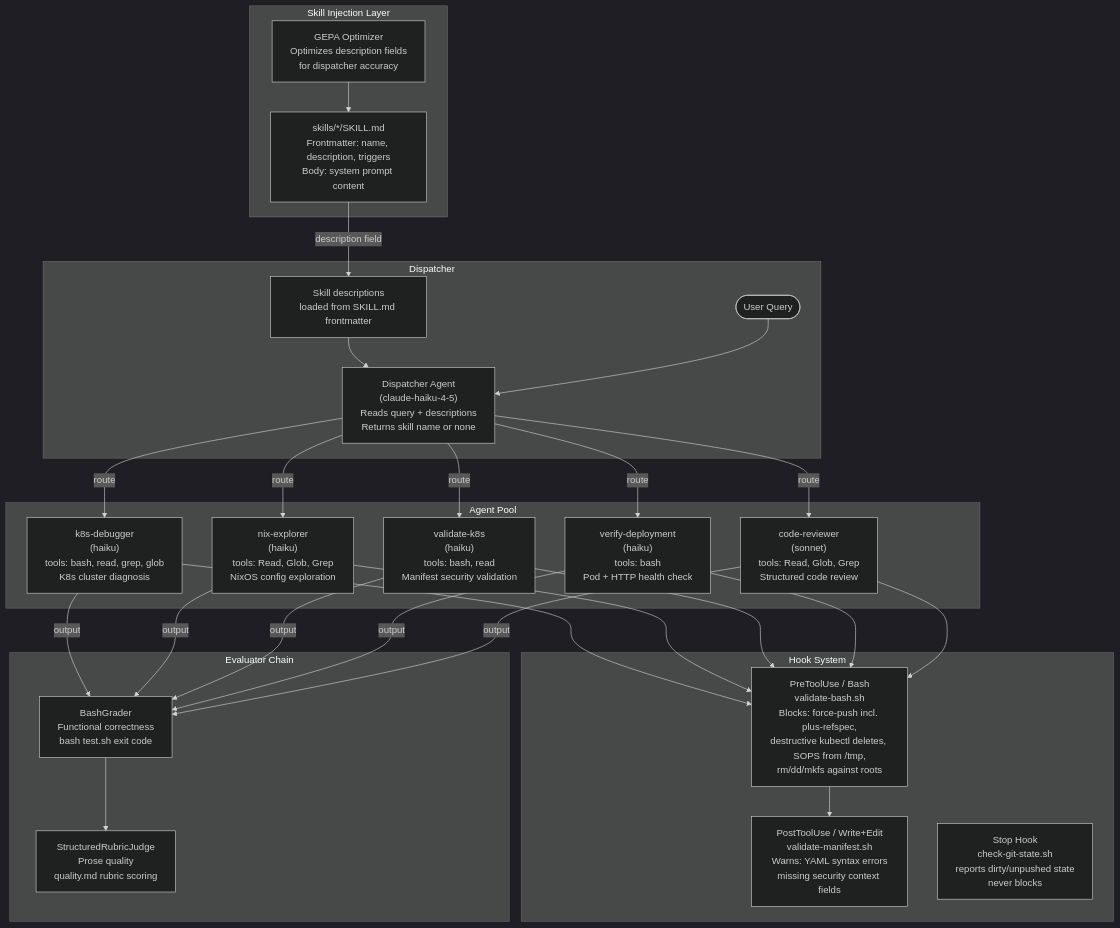
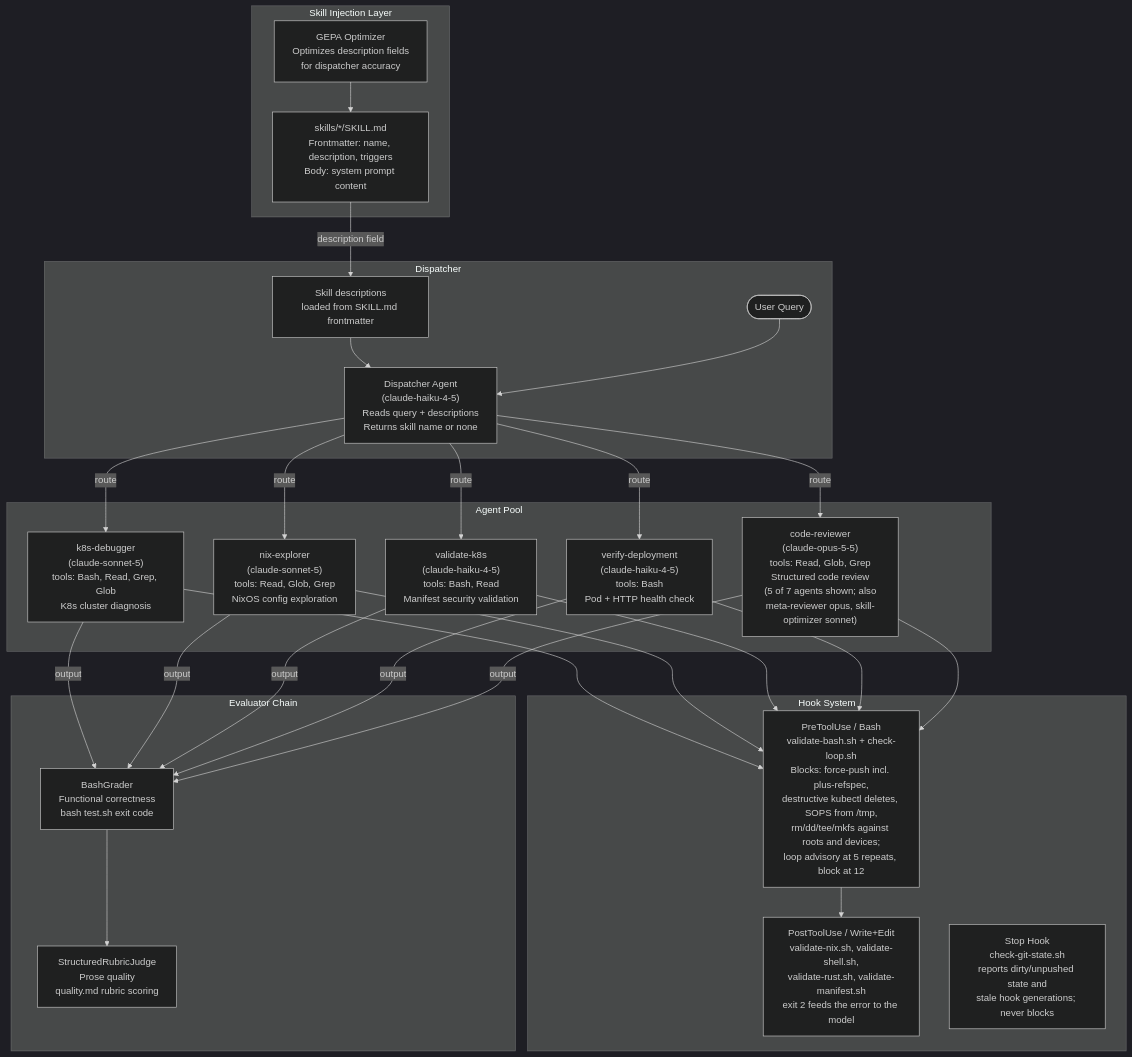
The first of 2 diagrams in docs/agentic-lifecycle.md (sammasak/claude-code-skills), drawn with Mermaid (dark theme) before and after one commit. The commit also changed other lines of this file and 5 other files, not shown here.

````diff
--- a/docs/agentic-lifecycle.md
+++ b/docs/agentic-lifecycle.md
@@ -38,45 +40,45 @@
 ```mermaid
 graph TD
     subgraph "Skill Injection Layer"
         SKILLDOCS["skills/*/SKILL.md\nFrontmatter: name, description, triggers\nBody: system prompt content"]
         GEPA["GEPA Optimizer\nOptimizes description fields\nfor dispatcher accuracy"]
         GEPA --> SKILLDOCS
     end
 
     subgraph "Dispatcher"
         DESC["Skill descriptions\nloaded from SKILL.md frontmatter"]
         DISP["Dispatcher Agent\n(claude-haiku-4-5)\nReads query + descriptions\nReturns skill name or none"]
         SKILLDOCS -->|"description field"| DESC
         DESC --> DISP
         QUERY([User Query]) --> DISP
     end
 
     subgraph "Agent Pool"
-        A1["k8s-debugger\n(haiku)\ntools: bash, read, grep, glob\nK8s cluster diagnosis"]
-        A2["nix-explorer\n(haiku)\ntools: Read, Glob, Grep\nNixOS config exploration"]
-        A3["validate-k8s\n(haiku)\ntools: bash, read\nManifest security validation"]
-        A4["verify-deployment\n(haiku)\ntools: bash\nPod + HTTP health check"]
-        A5["code-reviewer\n(sonnet)\ntools: Read, Glob, Grep\nStructured code review"]
+        A1["k8s-debugger\n(claude-sonnet-5)\ntools: Bash, Read, Grep, Glob\nK8s cluster diagnosis"]
+        A2["nix-explorer\n(claude-sonnet-5)\ntools: Read, Glob, Grep\nNixOS config exploration"]
+        A3["validate-k8s\n(claude-haiku-4-5)\ntools: Bash, Read\nManifest security validation"]
+        A4["verify-deployment\n(claude-haiku-4-5)\ntools: Bash\nPod + HTTP health check"]
+        A5["code-reviewer\n(claude-opus-5-5)\ntools: Read, Glob, Grep\nStructured code review\n(5 of 7 agents shown; also\nmeta-reviewer opus, skill-optimizer sonnet)"]
         DISP -->|"route"| A1
         DISP -->|"route"| A2
         DISP -->|"route"| A3
         DISP -->|"route"| A4
         DISP -->|"route"| A5
     end
 
     subgraph "Hook System"
-        H1["PreToolUse / Bash\nvalidate-bash.sh\nBlocks: force-push incl. plus-refspec,\ndestructive kubectl deletes, SOPS from /tmp,\nrm/dd/mkfs against roots"]
-        H2["PostToolUse / Write+Edit\nvalidate-manifest.sh\nWarns: YAML syntax errors\nmissing security context fields"]
-        H3["Stop Hook\ncheck-git-state.sh\nreports dirty/unpushed state\nnever blocks"]
+        H1["PreToolUse / Bash\nvalidate-bash.sh + check-loop.sh\nBlocks: force-push incl. plus-refspec,\ndestructive kubectl deletes, SOPS from /tmp,\nrm/dd/tee/mkfs against roots and devices;\nloop advisory at 5 repeats, block at 12"]
+        H2["PostToolUse / Write+Edit\nvalidate-nix.sh, validate-shell.sh,\nvalidate-rust.sh, validate-manifest.sh\nexit 2 feeds the error to the model"]
+        H3["Stop Hook\ncheck-git-state.sh\nreports dirty/unpushed state and\nstale hook generations; never blocks"]
     end
 
     subgraph "Evaluator Chain"
         E1["BashGrader\nFunctional correctness\nbash test.sh exit code"]
         E2["StructuredRubricJudge\nProse quality\nquality.md rubric scoring"]
         E1 --> E2
     end
 
     A1 & A2 & A3 & A4 & A5 --> H1
     H1 --> H2
     A1 & A2 & A3 & A4 & A5 -->|"output"| E1
 ```
````
